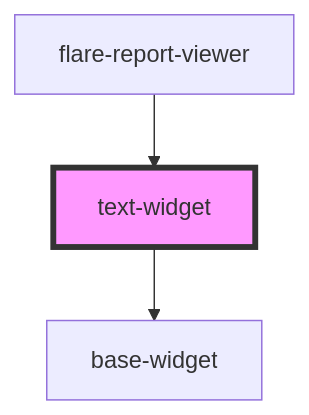
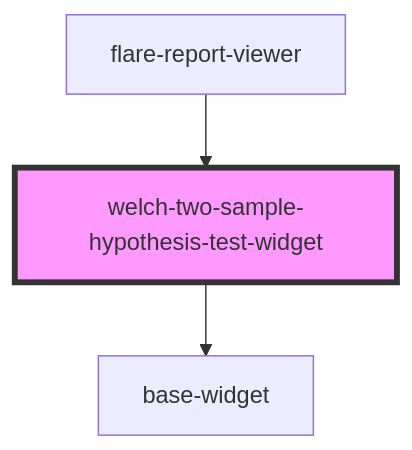
Before and after one commit to flarelight-io/ReportingUI: the diagram in src/components/widgets/readme.md, drawn with Mermaid. The commit also changed other lines of this file and 10 other files, not shown here.

Commit message:
Update package version to 0.8.0, add Welch's two-sample hypothesis test widget, and modify FlareReportViewer to support the new widget type

````diff
--- a/src/components/widgets/readme.md
+++ b/src/components/widgets/readme.md
@@ -32,6 +36,6 @@
 ```mermaid
 graph TD;
-  text-widget --> base-widget
-  flare-report-viewer --> text-widget
-  style text-widget fill:#f9f,stroke:#333,stroke-width:4px
+  welch-two-sample-hypothesis-test-widget --> base-widget
+  flare-report-viewer --> welch-two-sample-hypothesis-test-widget
+  style welch-two-sample-hypothesis-test-widget fill:#f9f,stroke:#333,stroke-width:4px
 ```
````
